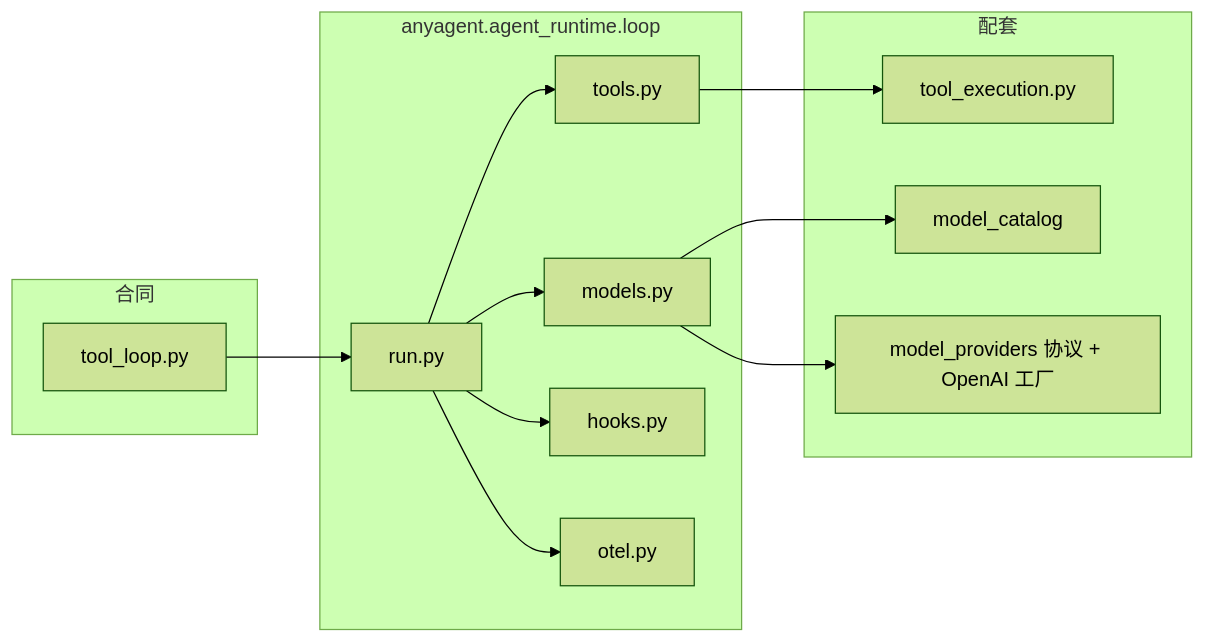
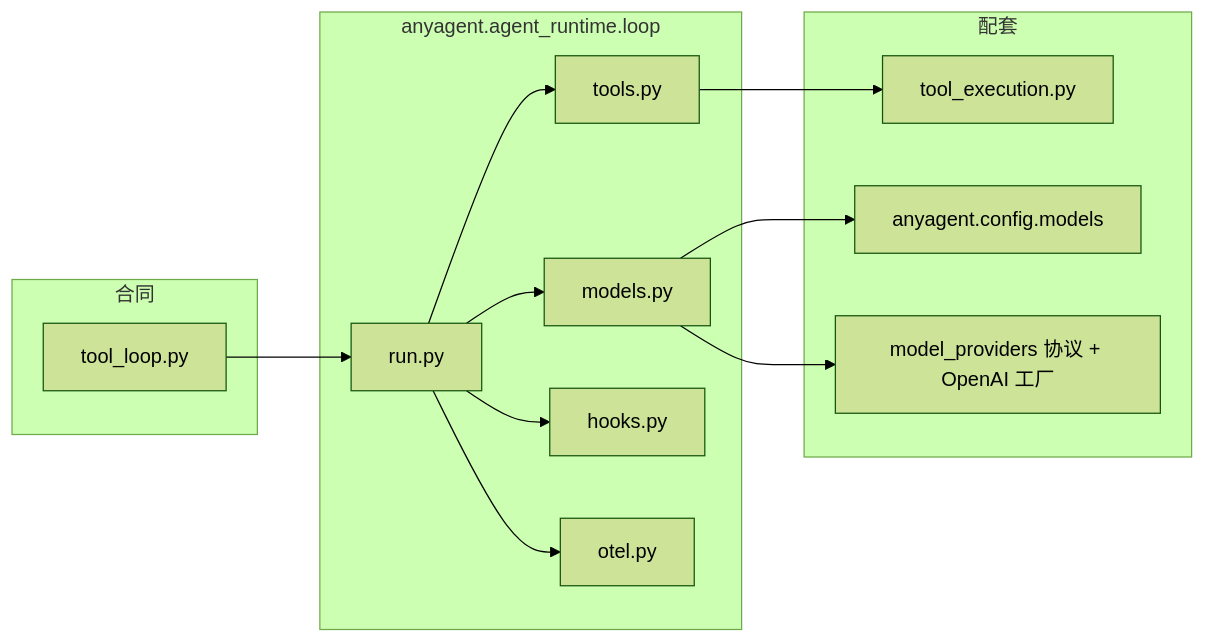
Before and after one commit to komiyoo/anyagent: the second of 6 diagrams in docs/architecture/runtime/agent-loop.md, drawn with Mermaid (forest theme). The commit also changed other lines of this file and 28 other files, not shown here.

````diff
--- a/docs/architecture/runtime/agent-loop.md
+++ b/docs/architecture/runtime/agent-loop.md
@@ -72,29 +72,29 @@
 ```mermaid
 flowchart LR
   subgraph contract["合同"]
     TL["tool_loop.py"]
   end
 
   subgraph adapter["anyagent.agent_runtime.loop"]
     RUN["run.py"]
     MOD["models.py"]
     TOOLS["tools.py"]
     HOOKS["hooks.py"]
     OTEL["otel.py"]
   end
 
   subgraph support["配套"]
     EX["tool_execution.py"]
-    CAT["model_catalog"]
+    CAT["anyagent.config.models"]
     MP["model_providers 协议 + OpenAI 工厂"]
   end
 
   TL --> RUN
   RUN --> MOD
   RUN --> TOOLS
   RUN --> HOOKS
   RUN --> OTEL
   TOOLS --> EX
   MOD --> CAT
   MOD --> MP
 ```
````
